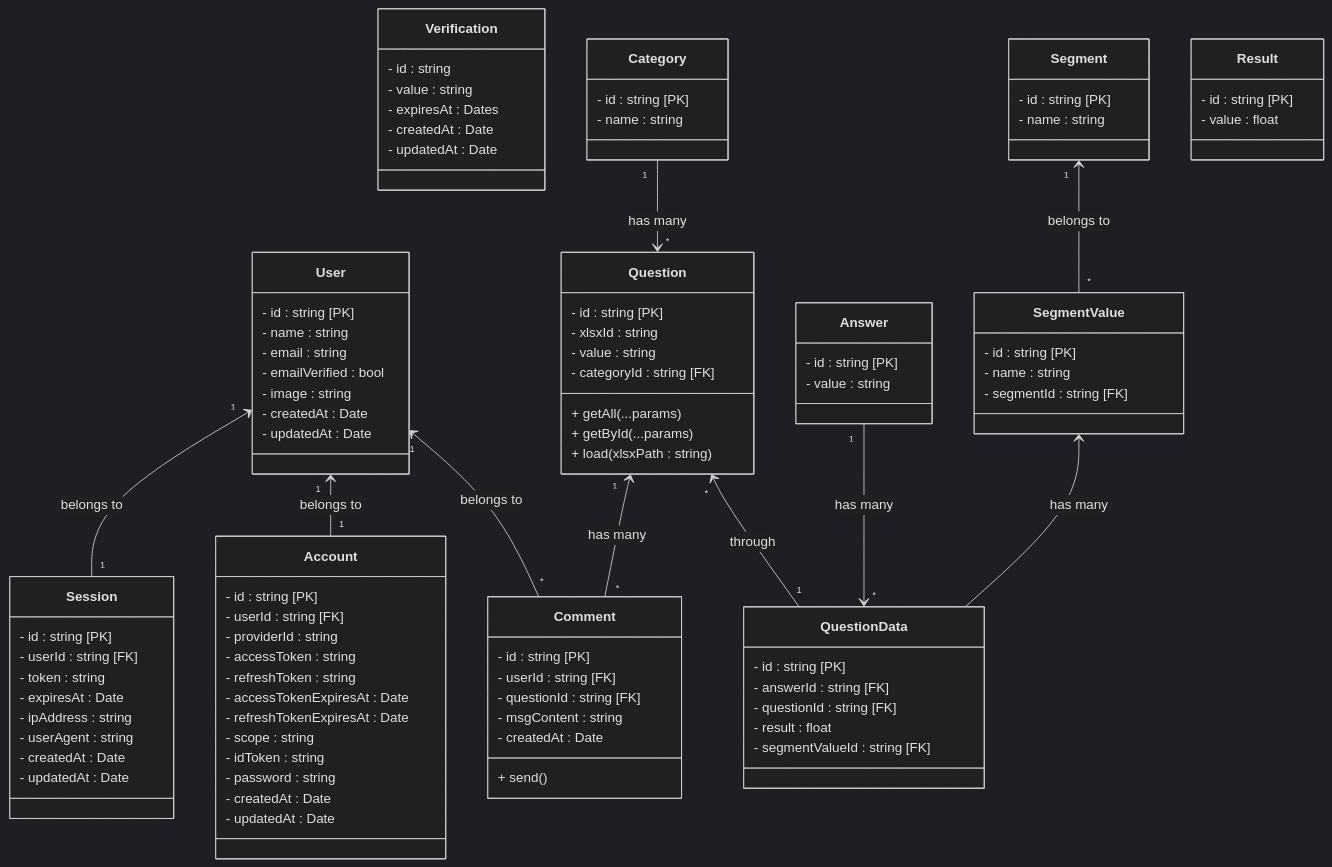
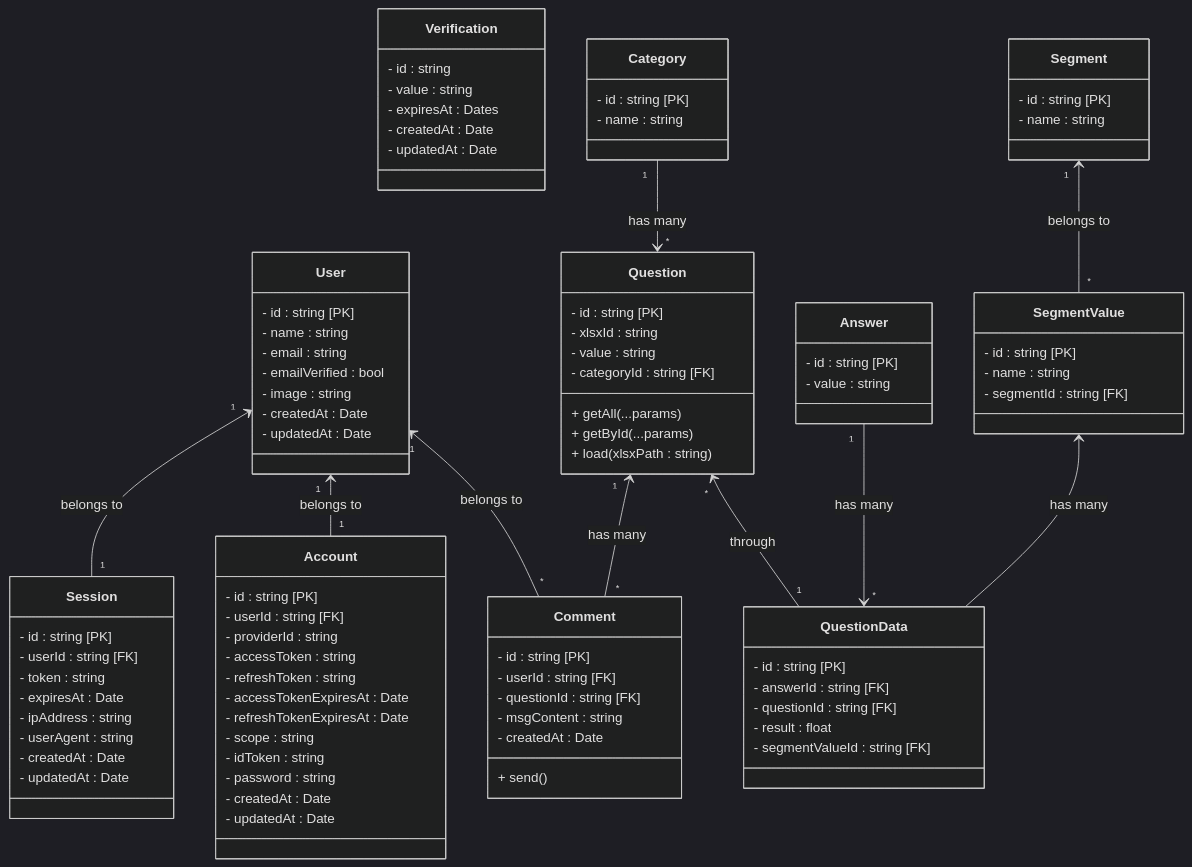
Before and after one commit to DaifMX/ITESM_Jalisco_Como_Vamos: the diagram in docs/system-classDiagram.mmd, drawn with Mermaid (dark theme). The commit also changed 3 other files, not shown here.

Commit message:
@jcv/app feat(graphs): Now able to change between two different graph charts.

```diff
--- a/docs/system-classDiagram.mmd
+++ b/docs/system-classDiagram.mmd
@@ -1,113 +1,106 @@
 %% Implementado por Daif
 
 classDiagram
     User "1" <-- "1" Session : belongs to
     User "1" <-- "1" Account : belongs to
     User "1" <-- "*" Comment : belongs to
 
     class Verification {
         - id : string
         - value : string
         - expiresAt : Dates
         - createdAt : Date
         - updatedAt : Date
     }
 
     class User {
         - id : string [PK]
         - name : string
         - email : string
         - emailVerified : bool
         - image : string
         - createdAt : Date
         - updatedAt : Date
     }
 
     class Session {
         - id : string [PK]
         - userId : string [FK]
         - token : string
         - expiresAt : Date
         - ipAddress : string
         - userAgent : string
         - createdAt : Date
         - updatedAt : Date
     }
 
     class Account {
         - id : string [PK]
         - userId : string [FK]
         - providerId : string
         - accessToken : string
         - refreshToken : string
         - accessTokenExpiresAt : Date
         - refreshTokenExpiresAt : Date
         - scope : string
         - idToken : string
         - password : string
         - createdAt : Date
         - updatedAt : Date
     }
-
-    %% Versión normalizada de XLSX a SQL
     
     Question"1" <--"*" Comment : has many
     Question"*" <-- "1" QuestionData : through
     Category"1" --> "*" Question : has many
     Answer "1" --> "*" QuestionData : has many
 
     class Category {
         - id : string [PK]
         - name : string
     }
 
     class Question {
         - id : string [PK]
         - xlsxId : string
         - value : string
         - categoryId : string [FK]
         + getAll(...params)
         + getById(...params)
         + load(xlsxPath : string)
     }
 
     class Answer {
         - id : string [PK]
         - value : string
     }
 
     class QuestionData {
         - id : string [PK]
         - answerId : string [FK]
         - questionId : string [FK]
         - result : float
         - segmentValueId : string [FK]
     }
 
     Segment"1" <-- "*" SegmentValue : belongs to
     SegmentValue <-- QuestionData : has many
 
     class Segment {
         - id : string [PK]
         - name : string
     }
 
     class SegmentValue {
         - id : string [PK]
         - name : string
         - segmentId : string [FK]
     }
 
-    class Result {
-        - id : string [PK]
-        - value : float
-    }
-
     class Comment {
         - id : string [PK]
         - userId : string [FK]
         - questionId : string [FK]
         - msgContent : string
         - createdAt : Date
         + send()
     }
```
